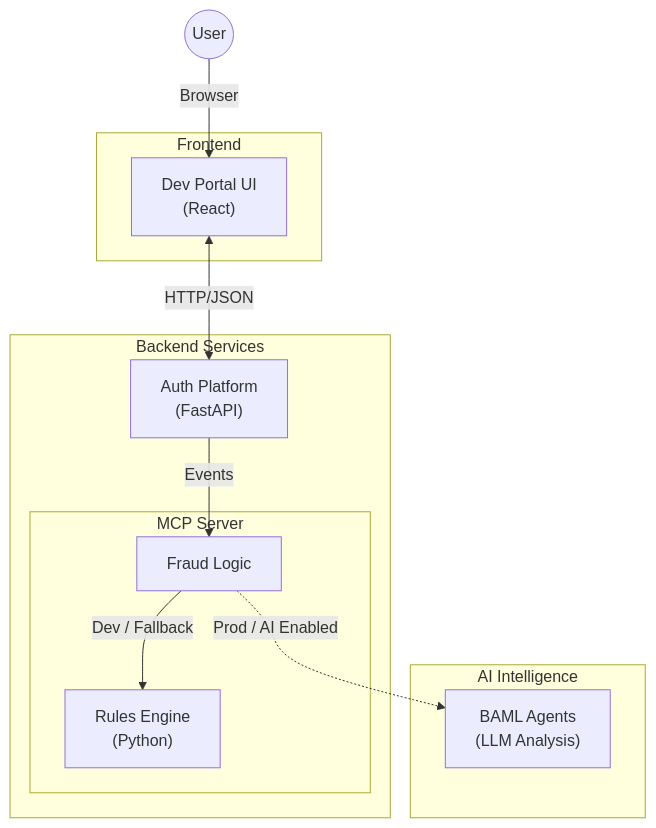
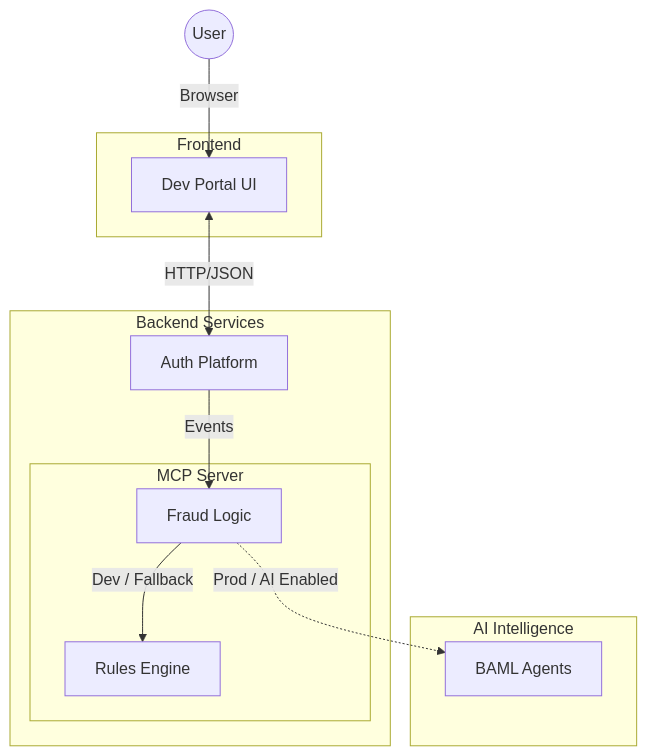
One commit to fayedraza/authentication-service changed the first of 2 diagrams in README.md. Above: the diagram before and after it, drawn with Mermaid.

````diff
--- a/README.md
+++ b/README.md
@@ -18,23 +18,23 @@
 ```mermaid
 graph TD
     User((User))
     subgraph "Frontend"
-        UI["Dev Portal UI\n(React)"]
+        UI["Dev Portal UI"]
     end
     subgraph "Backend Services"
-        Auth["Auth Platform\n(FastAPI)"]
+        Auth["Auth Platform"]
         subgraph "MCP Server"
             Logic[Fraud Logic]
-            Rules["Rules Engine\n(Python)"]
+            Rules["Rules Engine"]
         end
     end
     subgraph "AI Intelligence"
-        Agents["BAML Agents\n(LLM Analysis)"]
+        Agents["BAML Agents"]
     end
 
     User -->|Browser| UI
     UI <-->|HTTP/JSON| Auth
     Auth -- Events --> Logic
     Logic -->|Dev / Fallback| Rules
     Logic -.->|Prod / AI Enabled| Agents
 ```
````
